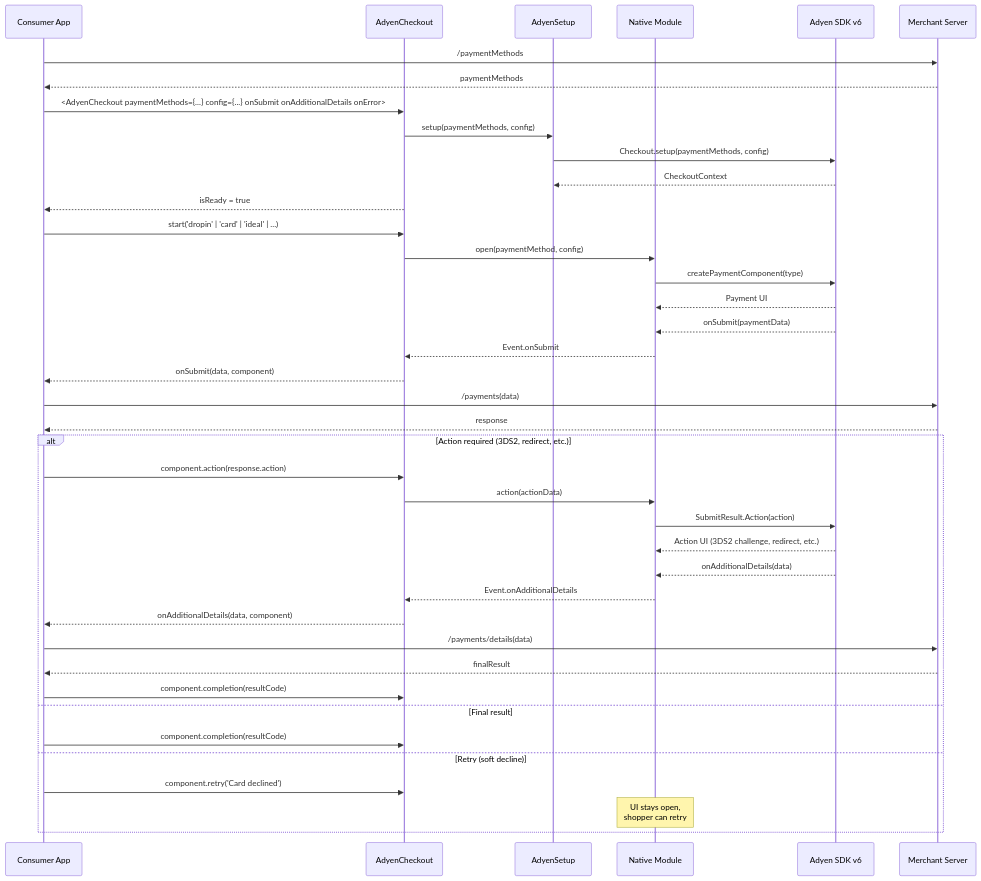
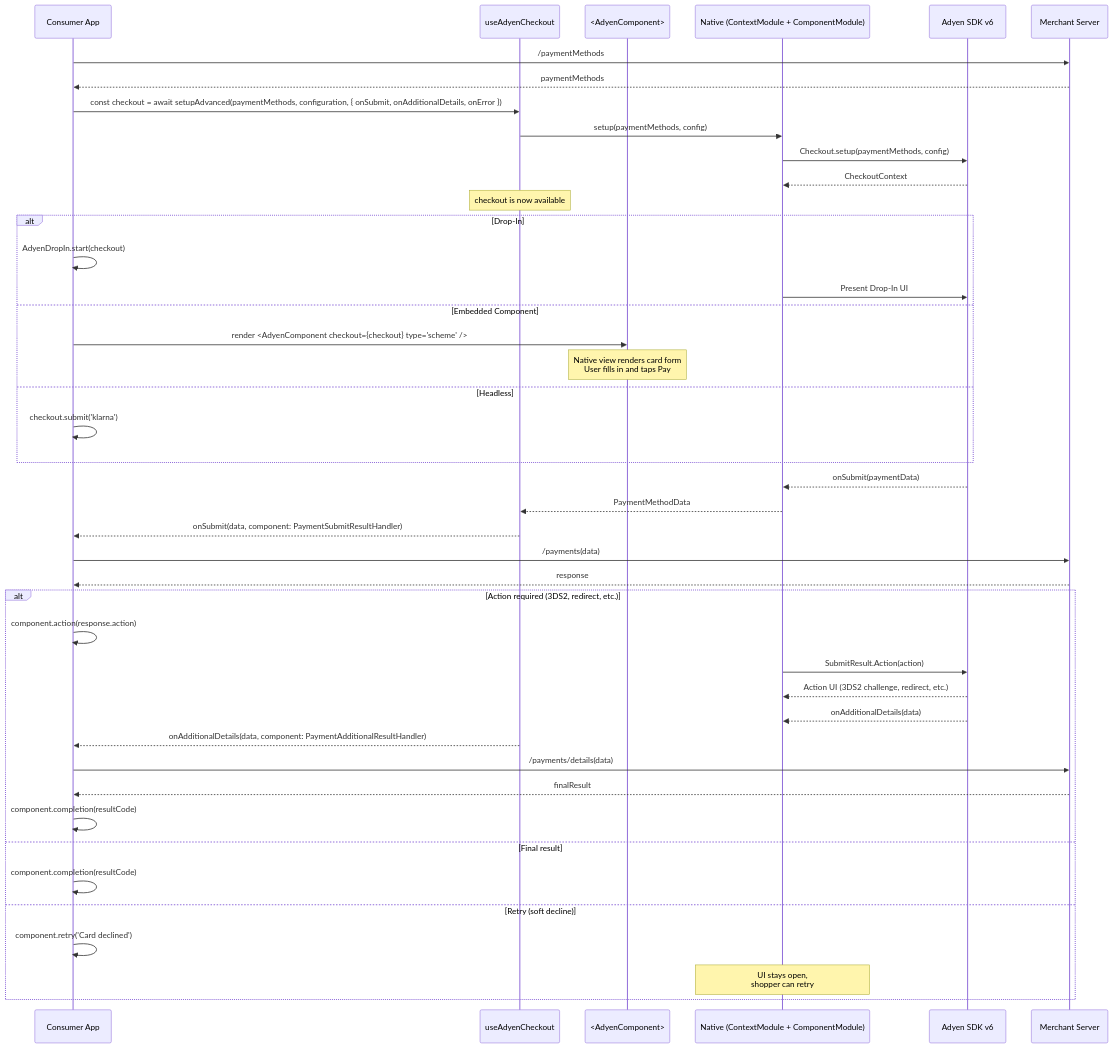
One commit to Adyen/adyen-react-native changed the second of 4 diagrams in docs/public-api-flows.md. Above: the diagram before and after it, drawn with Mermaid. The commit also changed other lines of this file and 48 other files, not shown here.

````diff
--- a/docs/public-api-flows.md
+++ b/docs/public-api-flows.md
@@ -41,48 +52,51 @@
 ```mermaid
 sequenceDiagram
     participant App as Consumer App
-    participant AC as AdyenCheckout
-    participant Setup as AdyenSetup
-    participant Native as Native Module
+    participant Hook as useAdyenCheckout
+    participant View as <AdyenComponent>
+    participant Native as Native (ContextModule + ComponentModule)
     participant SDK as Adyen SDK v6
     participant Server as Merchant Server
 
     App->>Server: /paymentMethods
     Server-->>App: paymentMethods
 
-    App->>AC: <AdyenCheckout paymentMethods={...} config={...} onSubmit onAdditionalDetails onError>
-    AC->>Setup: setup(paymentMethods, config)
-    Setup->>SDK: Checkout.setup(paymentMethods, config)
-    SDK-->>Setup: CheckoutContext
-    AC-->>App: isReady = true
+    App->>Hook: const checkout = await setupAdvanced(paymentMethods, configuration, { onSubmit, onAdditionalDetails, onError })
+    Hook->>Native: setup(paymentMethods, config)
+    Native->>SDK: Checkout.setup(paymentMethods, config)
+    SDK-->>Native: CheckoutContext
+    Note over Hook: checkout is now available
 
-    App->>AC: start('dropin' | 'card' | 'ideal' | ...)
-    AC->>Native: open(paymentMethod, config)
-    Native->>SDK: createPaymentComponent(type)
-    SDK-->>Native: Payment UI
+    alt Drop-In
+        App->>App: AdyenDropIn.start(checkout)
+        Native->>SDK: Present Drop-In UI
+    else Embedded Component
+        App->>View: render <AdyenComponent checkout={checkout} type="scheme" />
+        Note over View: Native view renders card form<br/>User fills in and taps Pay
+    else Headless
+        App->>App: checkout.submit('klarna')
+    end
 
     SDK-->>Native: onSubmit(paymentData)
-    Native-->>AC: Event.onSubmit
-    AC-->>App: onSubmit(data, component)
+    Native-->>Hook: PaymentMethodData
+    Hook-->>App: onSubmit(data, component: PaymentSubmitResultHandler)
 
     App->>Server: /payments(data)
     Server-->>App: response
 
     alt Action required (3DS2, redirect, etc.)
-        App->>AC: component.action(response.action)
-        AC->>Native: action(actionData)
+        App->>App: component.action(response.action)
         Native->>SDK: SubmitResult.Action(action)
         SDK-->>Native: Action UI (3DS2 challenge, redirect, etc.)
         SDK-->>Native: onAdditionalDetails(data)
-        Native-->>AC: Event.onAdditionalDetails
-        AC-->>App: onAdditionalDetails(data, component)
+        Hook-->>App: onAdditionalDetails(data, component: PaymentAdditionalResultHandler)
         App->>Server: /payments/details(data)
         Server-->>App: finalResult
-        App->>AC: component.completion(resultCode)
+        App->>App: component.completion(resultCode)
     else Final result
-        App->>AC: component.completion(resultCode)
+        App->>App: component.completion(resultCode)
     else Retry (soft decline)
-        App->>AC: component.retry('Card declined')
+        App->>App: component.retry('Card declined')
         Note over Native: UI stays open,<br/>shopper can retry
     end
 ```
````
